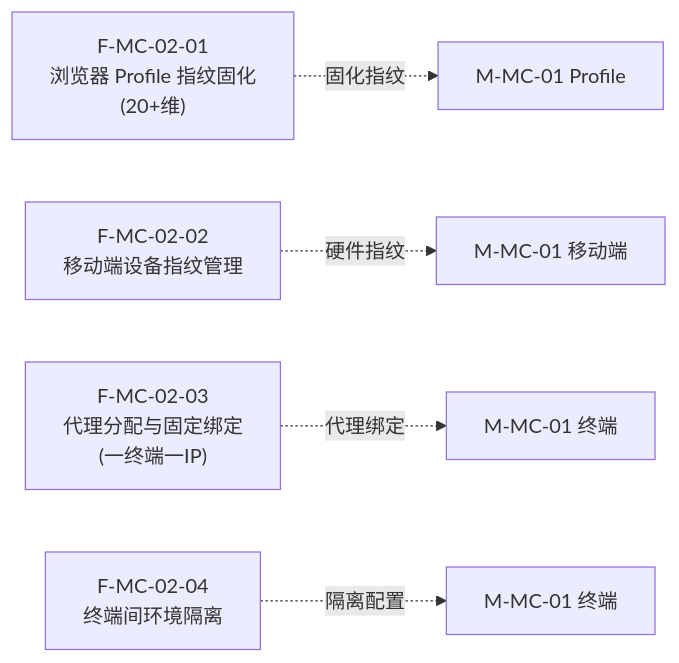
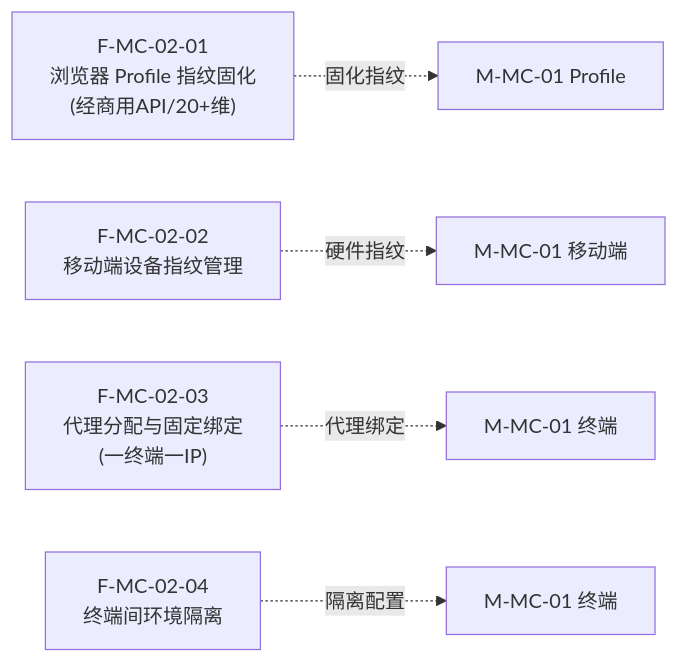
Diagram 12 of 47 in 公司项目/认知作战/文档/软件概要设计-架构图.md (Sj-g/obsidian), drawn with Mermaid before and after one commit. The commit also changed other lines of this file and 3 other files, not shown here.

````diff
--- a/公司项目/认知作战/文档/软件概要设计-架构图.md
+++ b/公司项目/认知作战/文档/软件概要设计-架构图.md
@@ -331,12 +331,12 @@
 ```mermaid
 flowchart LR
-    F0201["F-MC-02-01<br/>浏览器 Profile 指纹固化<br/>(20+维)"]
+    F0201["F-MC-02-01<br/>浏览器 Profile 指纹固化<br/>(经商用API/20+维)"]
     F0202["F-MC-02-02<br/>移动端设备指纹管理"]
     F0203["F-MC-02-03<br/>代理分配与固定绑定<br/>(一终端一IP)"]
     F0204["F-MC-02-04<br/>终端间环境隔离"]
 
     F0201 -.->|"固化指纹"| EXT["M-MC-01 Profile"]
     F0202 -.->|"硬件指纹"| EXT2["M-MC-01 移动端"]
     F0203 -.->|"代理绑定"| EXT3["M-MC-01 终端"]
     F0204 -.->|"隔离配置"| EXT4["M-MC-01 终端"]
 ```
````
